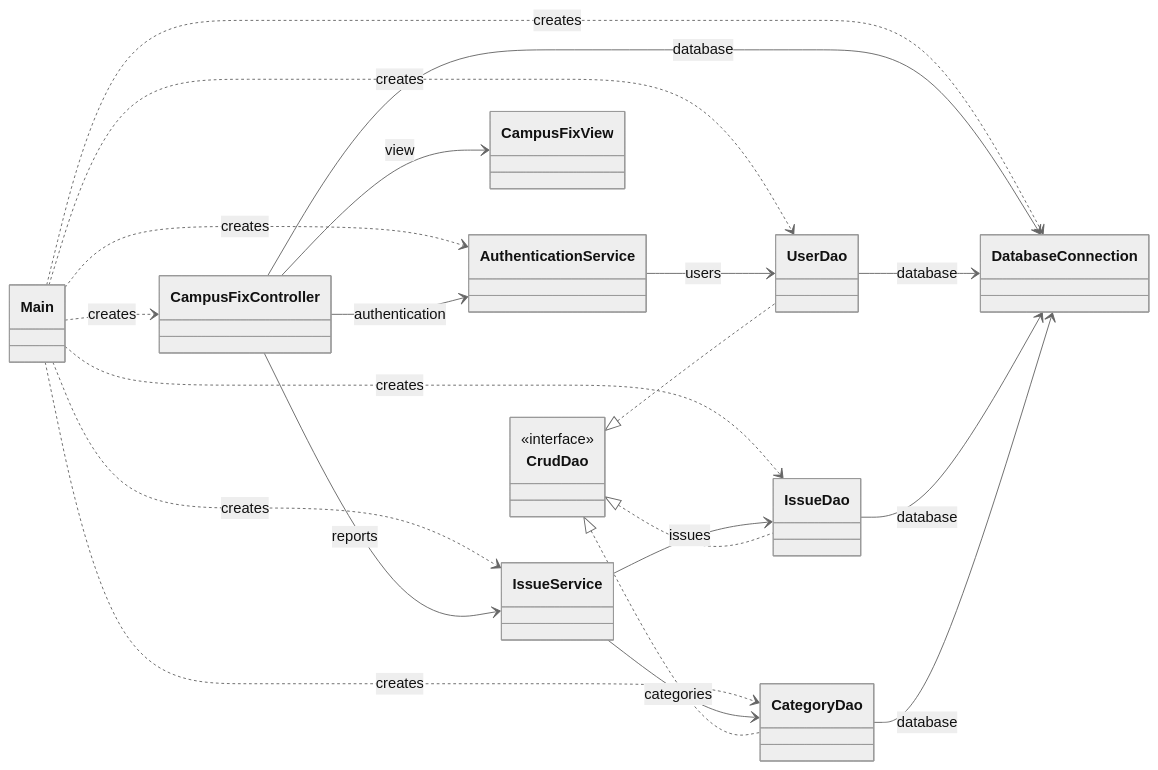
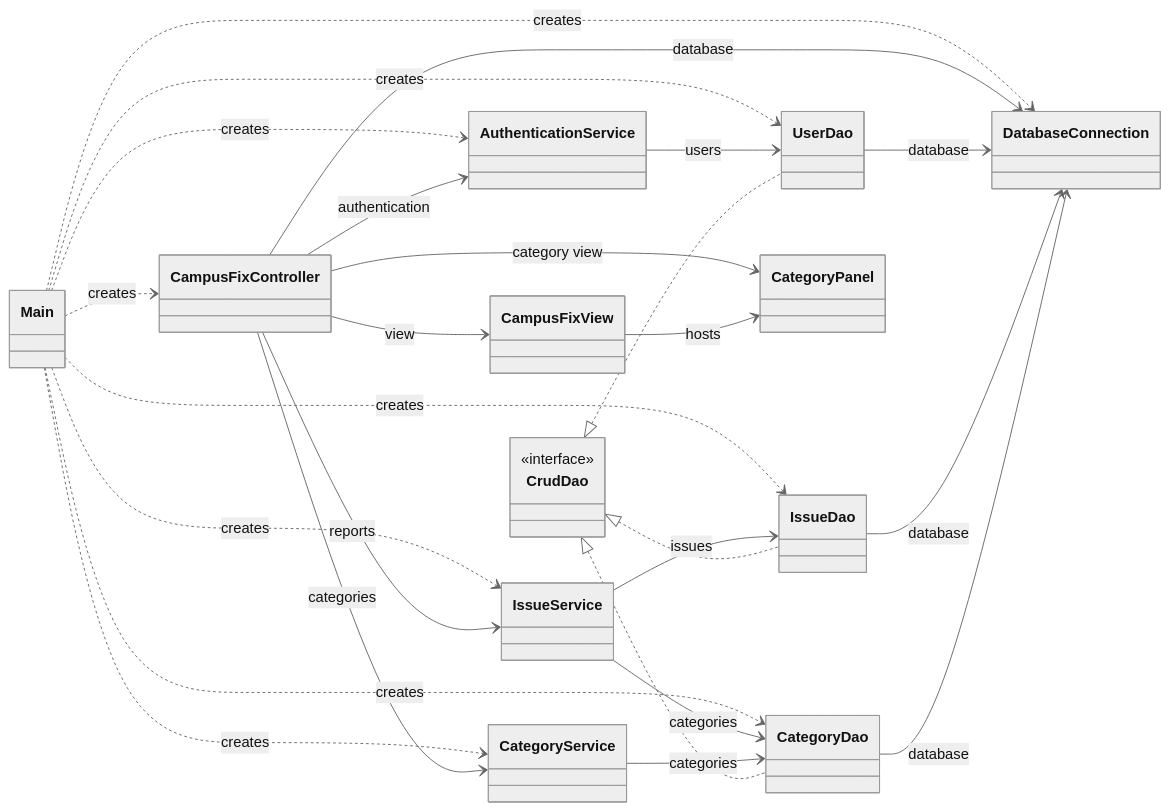
The diagram in docs/java-desktop.md (dfernq/inso-2026-2027-campus-fix), drawn with Mermaid (neutral theme) before and after one commit. The commit also changed other lines of this file and 8 other files, not shown here.

````diff
--- a/docs/java-desktop.md
+++ b/docs/java-desktop.md
@@ -60,27 +72,32 @@
 ```mermaid
 classDiagram
     direction LR
     class CrudDao {
         <<interface>>
     }
     Main ..> CampusFixController : creates
     Main ..> DatabaseConnection : creates
     Main ..> AuthenticationService : creates
     Main ..> UserDao : creates
     Main ..> IssueService : creates
+    Main ..> CategoryService : creates
     Main ..> IssueDao : creates
     Main ..> CategoryDao : creates
     CampusFixController --> CampusFixView : view
+    CampusFixController --> CategoryPanel : category view
+    CampusFixView --> CategoryPanel : hosts
     CampusFixController --> DatabaseConnection : database
     CampusFixController --> AuthenticationService : authentication
     CampusFixController --> IssueService : reports
+    CampusFixController --> CategoryService : categories
     AuthenticationService --> UserDao : users
     IssueService --> IssueDao : issues
     IssueService --> CategoryDao : categories
+    CategoryService --> CategoryDao : categories
     UserDao --> DatabaseConnection : database
     IssueDao --> DatabaseConnection : database
     CategoryDao --> DatabaseConnection : database
     CrudDao <|.. UserDao
     CrudDao <|.. IssueDao
     CrudDao <|.. CategoryDao
 ```
````
